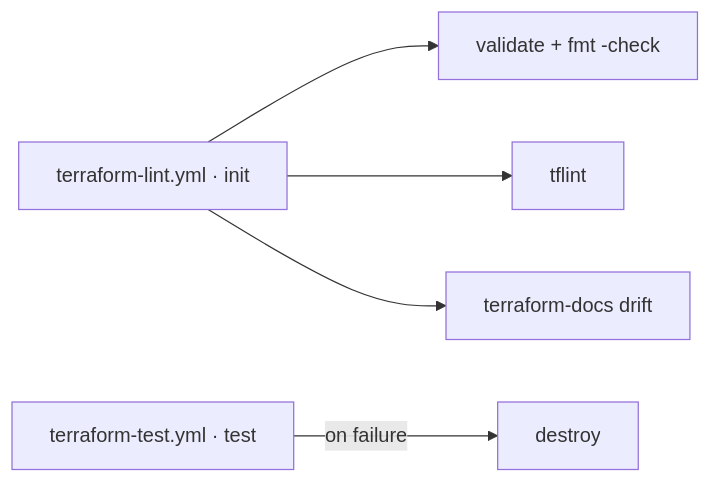
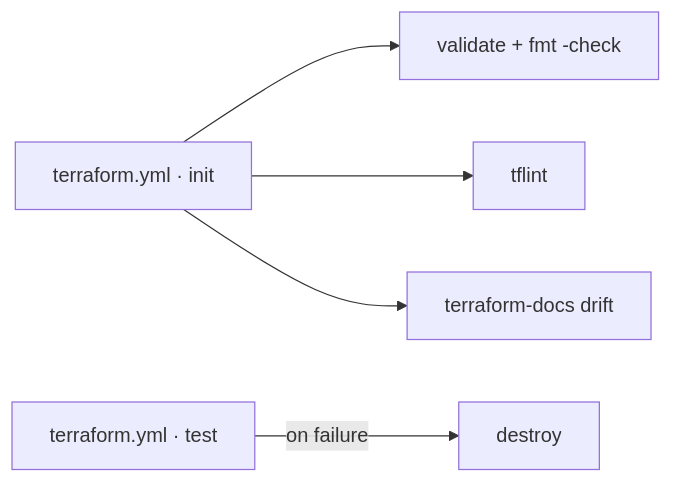
The diagram in docs/modules/terraform.md (grootan-devops/github-ci-library), drawn with Mermaid before and after one commit. The commit also changed other lines of this file and 27 other files, not shown here.

First line of the commit message:
feat(release): 1.7.0 terraform.yml and fixes (#18)

````diff
--- a/docs/modules/terraform.md
+++ b/docs/modules/terraform.md
@@ -3,7 +3,7 @@
 ```mermaid
 flowchart LR
-    I["terraform-lint.yml · init"] --> V["validate + fmt -check"]
+    I["terraform.yml · init"] --> V["validate + fmt -check"]
     I --> TL["tflint"]
     I --> DO["terraform-docs drift"]
-    T["terraform-test.yml · test"] -->|on failure| DE["destroy"]
+    T["terraform.yml · test"] -->|on failure| DE["destroy"]
 ```
````
